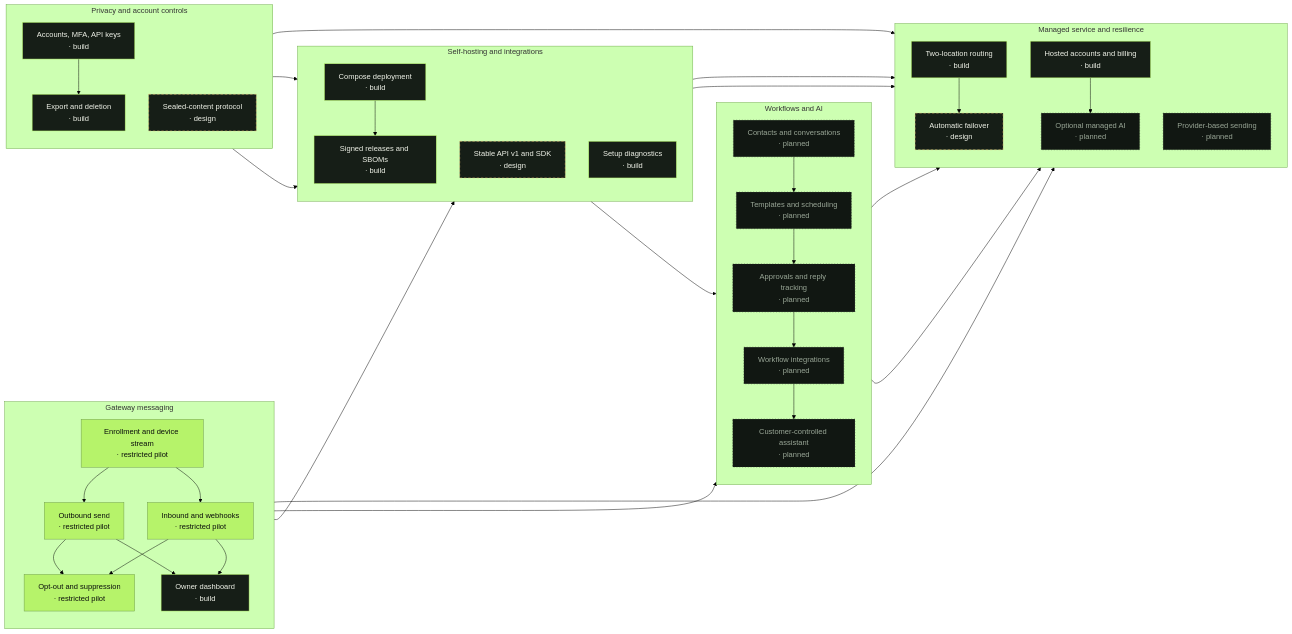
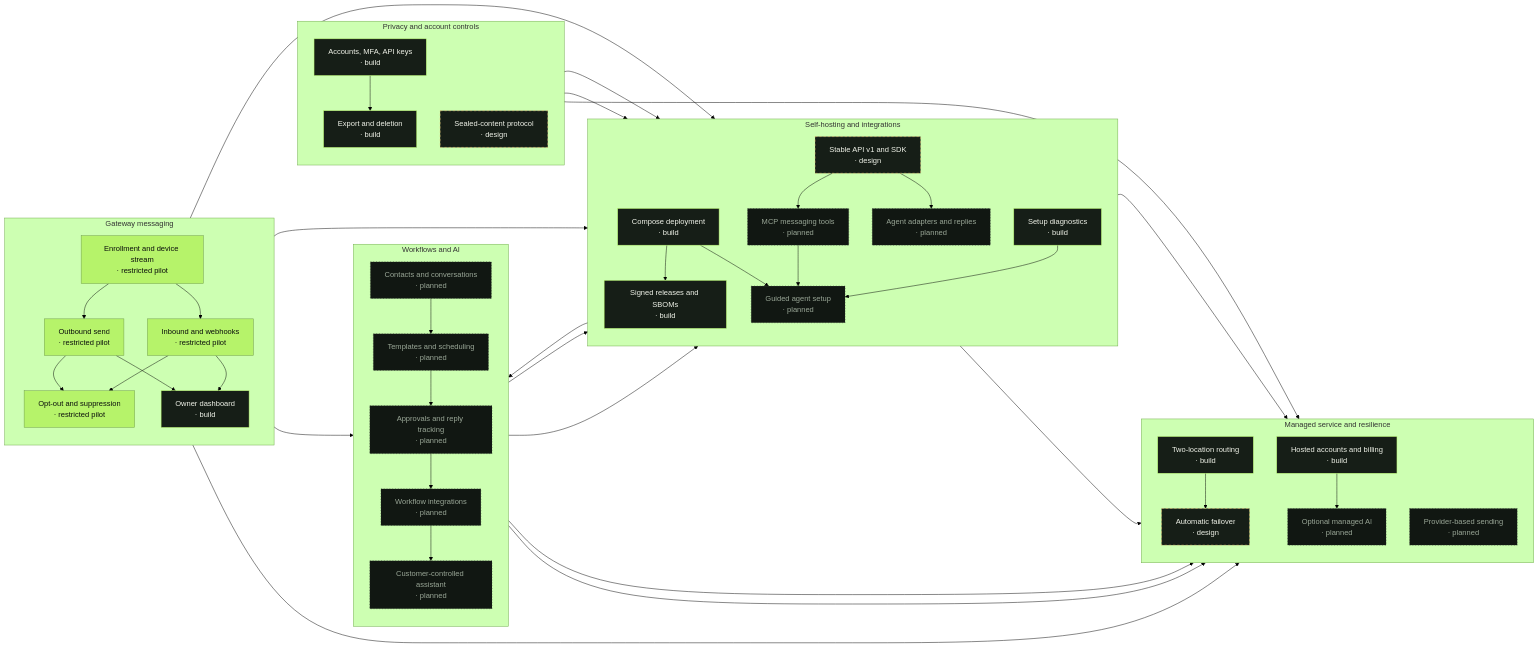
One commit to pboachie/zrotext changed the third of 4 diagrams in docs/ROADMAP.md. Above: the diagram before and after it, drawn with Mermaid (forest theme). The commit also changed other lines of this file and 6 other files, not shown here.

Commit message:
Add scoped agent messaging and guided setup to the roadmap

````diff
--- a/docs/ROADMAP.md
+++ b/docs/ROADMAP.md
@@ -134,7 +135,15 @@
         c_releases["Signed releases and SBOMs<br/>· build"]:::build
         c_api["Stable API v1 and SDK<br/>· design"]:::design
         c_diagnostics["Setup diagnostics<br/>· build"]:::build
+        c_mcp["MCP messaging tools<br/>· planned"]:::planned
+        c_agenttools["Agent adapters and replies<br/>· planned"]:::planned
+        c_agentsetup["Guided agent setup<br/>· planned"]:::planned
         c_compose --> c_releases
+        c_api --> c_mcp
+        c_api --> c_agenttools
+        c_diagnostics --> c_agentsetup
+        c_compose --> c_agentsetup
+        c_mcp --> c_agentsetup
     end
 
     subgraph t_workflows["Workflows and AI"]
@@ -172,4 +181,7 @@
     c_export --> c_managedai
     c_api --> c_providers
     c_approvals --> c_providers
+    c_integrations --> c_mcp
+    c_integrations --> c_agenttools
+    c_enrollment --> c_agentsetup
 ```
````
